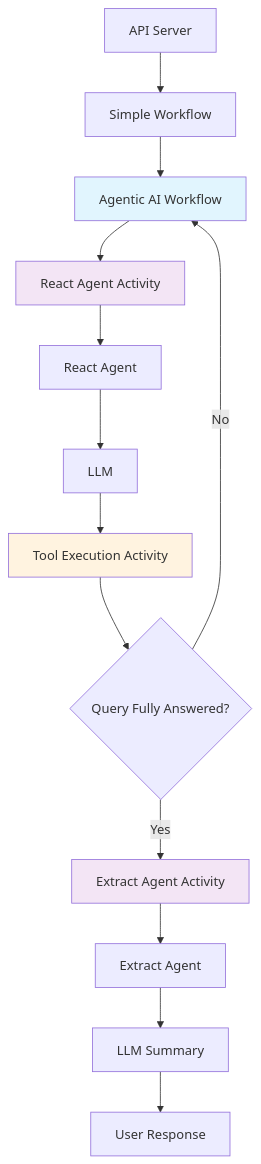
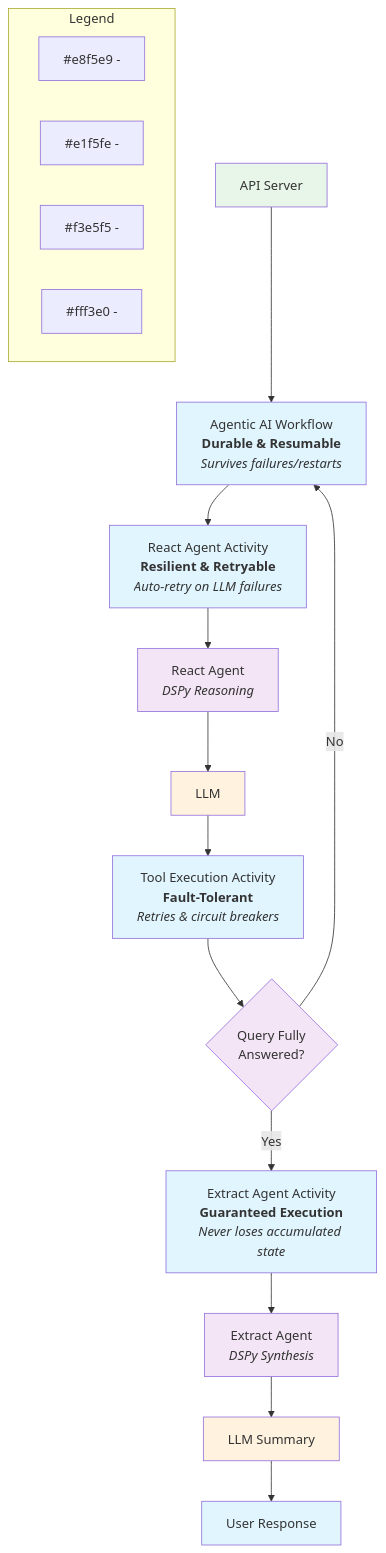
Before and after one commit to retroryan/durable-ai-agent: the diagram in README.md, drawn with Mermaid. The commit also changed other lines of this file and 15 other files, not shown here.

````diff
--- a/README.md
+++ b/README.md
@@ -96,20 +90,41 @@
 ```mermaid
 flowchart TD
-    A[API Server] --> B[Simple Workflow]
-    B --> C[Agentic AI Workflow]
-    C --> D[React Agent Activity]
-    D --> E[React Agent]
+    A[API Server] --> C[Agentic AI Workflow<br/><b>Durable & Resumable</b><br/><i>Survives failures/restarts</i>]
+    C --> D[React Agent Activity<br/><b>Resilient & Retryable</b><br/><i>Auto-retry on LLM failures</i>]
+    D --> E[React Agent<br/><i>DSPy Reasoning</i>]
     E --> F[LLM]
-    F --> G[Tool Execution Activity]
-    G --> H{Query Fully Answered?}
+    F --> G[Tool Execution Activity<br/><b>Fault-Tolerant</b><br/><i>Retries & circuit breakers</i>]
+    G --> H{Query Fully<br/>Answered?}
     H -->|No| C
-    H -->|Yes| I[Extract Agent Activity]
-    I --> J[Extract Agent]
+    H -->|Yes| I[Extract Agent Activity<br/><b>Guaranteed Execution</b><br/><i>Never loses accumulated state</i>]
+    I --> J[Extract Agent<br/><i>DSPy Synthesis</i>]
     J --> K[LLM Summary]
     K --> L[User Response]
     
+    %% Color Group 1: A
+    style A fill:#e8f5e9
+    
+    %% Color Group 2: C,D,G,I,L
     style C fill:#e1f5fe
-    style D fill:#f3e5f5
-    style I fill:#f3e5f5
-    style G fill:#fff3e0
+    style D fill:#e1f5fe
+    style G fill:#e1f5fe
+    style I fill:#e1f5fe
+    style L fill:#e1f5fe
+    
+    %% Color Group 3: E,H,J
+    style E fill:#f3e5f5
+    style H fill:#f3e5f5
+    style J fill:#f3e5f5
+    
+    %% Color Group 4: F,K
+    style F fill:#fff3e0
+    style K fill:#fff3e0
+    
+    %% Legend
+    subgraph Legend
+        L1[#e8f5e9 - ]
+        L2[#e1f5fe - ]
+        L3[#f3e5f5 - ]
+        L4[#fff3e0 - ]
+    end
 ```
````
